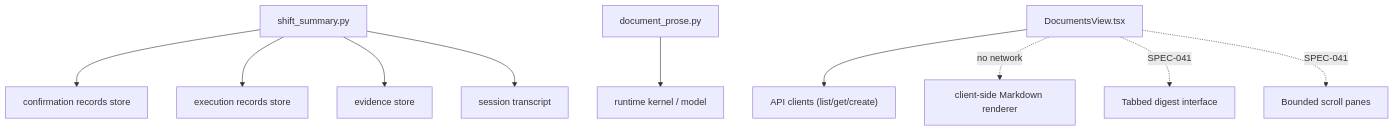
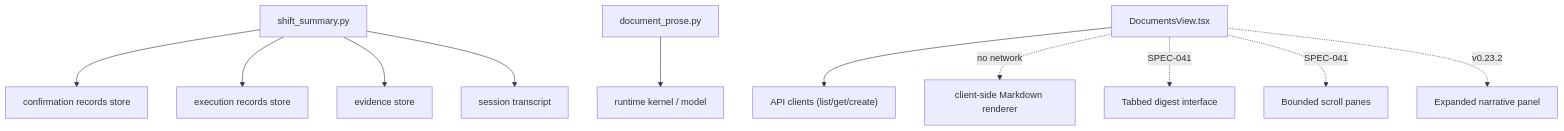
Before and after one commit to metasync/luban-aiops: the ninth of 9 diagrams in .qoder/repowiki/en/content/Architecture Documentation/SPEC-040_ Shift-Summary Handover Narrative and Export.md, drawn with Mermaid. The commit also changed other lines of this file and 169 other files, not shown here.

````diff
--- a/.qoder/repowiki/en/content/Architecture Documentation/SPEC-040_ Shift-Summary Handover Narrative and Export.md
+++ b/.qoder/repowiki/en/content/Architecture Documentation/SPEC-040_ Shift-Summary Handover Narrative and Export.md
@@ -318,12 +354,13 @@
 ```mermaid
 graph TB
 SS["shift_summary.py"] --> CS["confirmation records store"]
 SS --> ES["execution records store"]
 SS --> ESTORE["evidence store"]
 SS --> T["session transcript"]
 DP["document_prose.py"] --> K["runtime kernel / model"]
 PV["DocumentsView.tsx"] --> API["API clients (list/get/create)"]
 PV -.->|no network| MD["client-side Markdown renderer"]
 PV -.->|SPEC-041| TABS["Tabbed digest interface"]
 PV -.->|SPEC-041| SCROLL["Bounded scroll panes"]
+PV -.->|v0.23.2| EXPANDED["Expanded narrative panel"]
 ```
````
